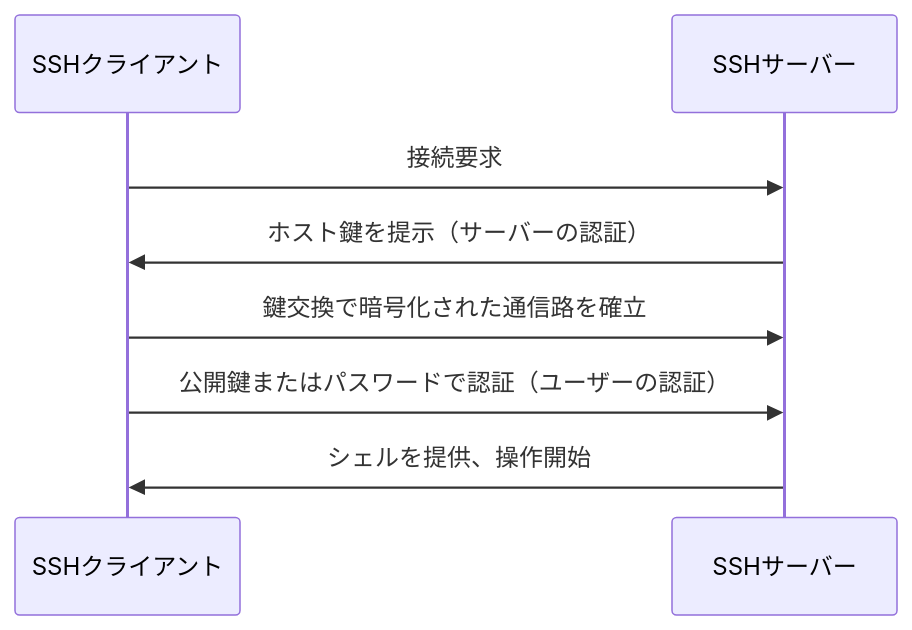
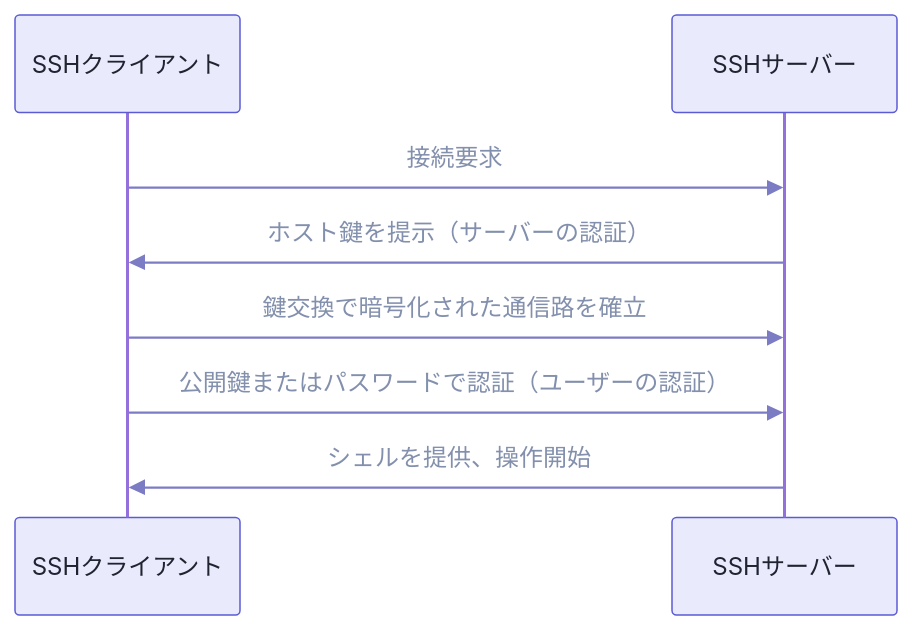
The diagram in articles/9df720490afd39.md (nagahara-naoki/zenn), drawn with Mermaid before and after one commit.

Commit message:
SSHとは

````diff
--- a/articles/9df720490afd39.md
+++ b/articles/9df720490afd39.md
@@ -63,10 +63,23 @@
 ```mermaid
+%%{init: {'themeVariables': {
+  'actorBkg': '#eaeafd',
+  'actorBorder': '#5b5bd6',
+  'actorTextColor': '#1f2430',
+  'signalColor': '#7c7cc4',
+  'signalTextColor': '#8390ad',
+  'messageFontWeight': 'bold',
+  'labelBoxBkgColor': '#eaeafd',
+  'labelTextColor': '#1f2430',
+  'noteBkgColor': '#eaeafd',
+  'noteTextColor': '#1f2430',
+  'noteBorderColor': '#5b5bd6'
+}}}%%
 sequenceDiagram
     participant C as SSHクライアント
     participant S as SSHサーバー
     C->>S: 接続要求
     S->>C: ホスト鍵を提示（サーバーの認証）
     C->>S: 鍵交換で暗号化された通信路を確立
     C->>S: 公開鍵またはパスワードで認証（ユーザーの認証）
     S->>C: シェルを提供、操作開始
 ```
````
